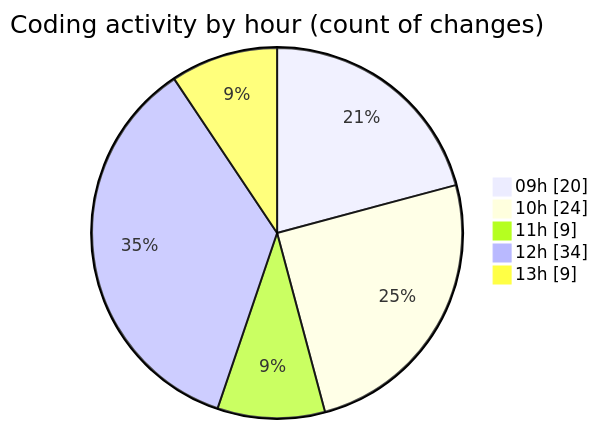
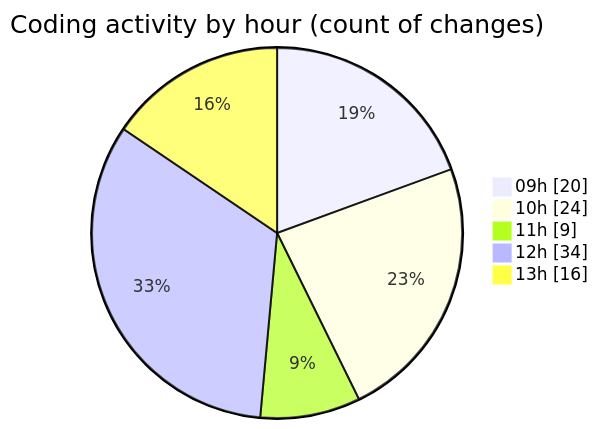
One commit to momahboobian/code-tracking changed the second of 2 diagrams in 2025-05-19/cda/README.md. Above: the diagram before and after it, drawn with Mermaid. The commit also changed other lines of this file and 1 other file, not shown here.

````diff
--- a/2025-05-19/cda/README.md
+++ b/2025-05-19/cda/README.md
@@ -44,9 +44,9 @@
 ```mermaid
 pie showData
 title Coding activity by hour (count of changes)
 "09h" : 20
 "10h" : 24
 "11h" : 9
 "12h" : 34
-"13h" : 9
+"13h" : 16
 ```
````
